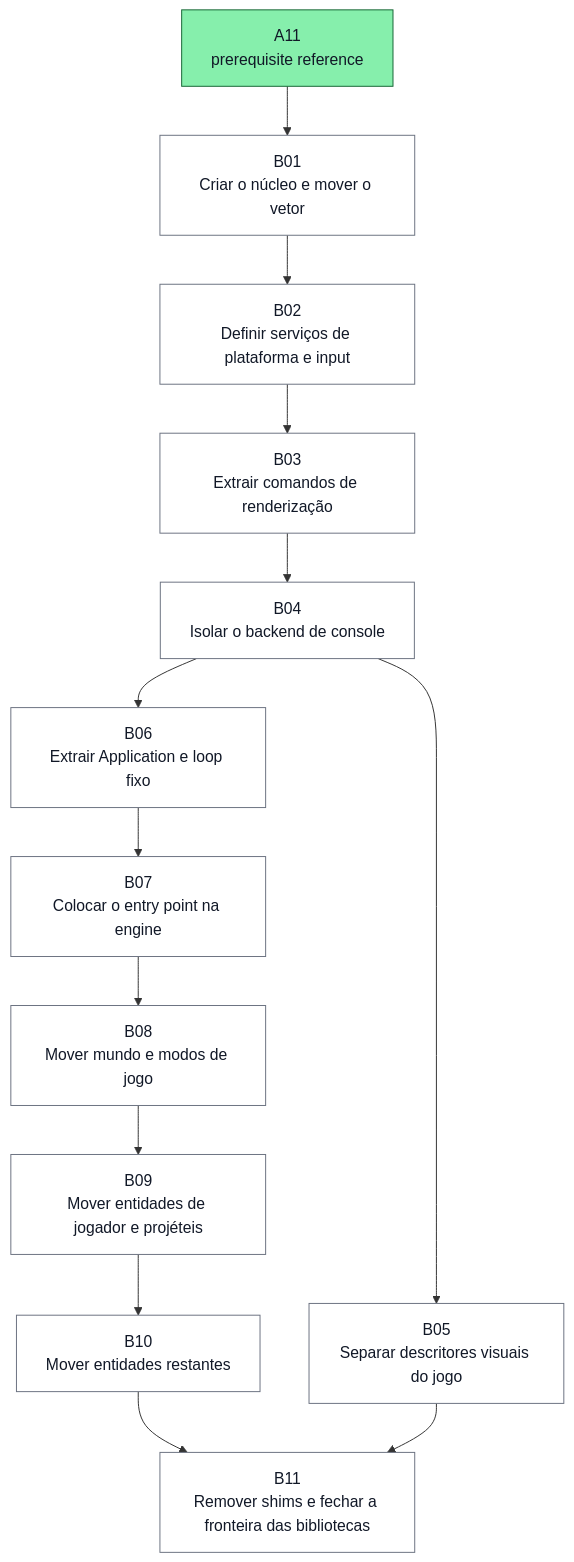
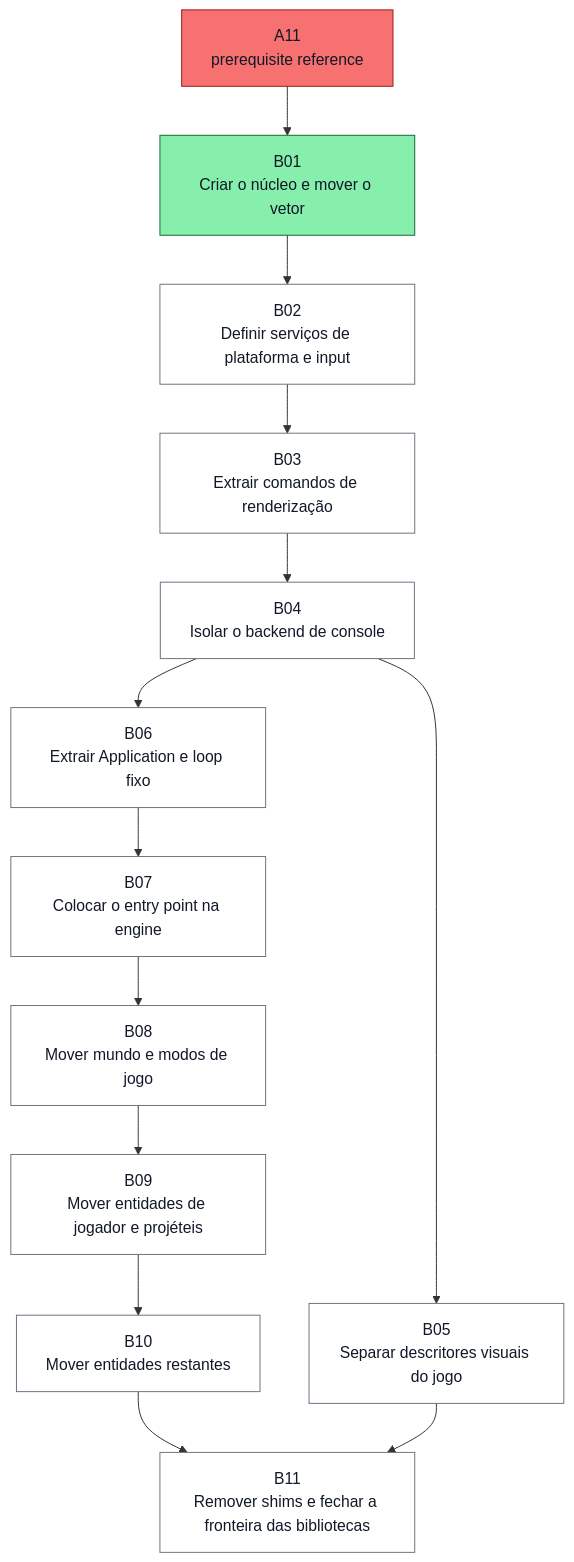
Before and after one commit to ocarizr/spaceraiders: the third of 28 diagrams in docs/task-dependencies.md, drawn with Mermaid. The commit also changed other lines of this file and 8 other files, not shown here.

````diff
--- a/docs/task-dependencies.md
+++ b/docs/task-dependencies.md
@@ -154,30 +157,30 @@
 ```mermaid
 flowchart TD
-    ref_B_A11["A11<br/>prerequisite reference"]:::ready
-    B01["B01<br/>Criar o núcleo e mover o vetor"]:::pending
+    ref_B_A11["A11<br/>prerequisite reference"]:::done
+    B01["B01<br/>Criar o núcleo e mover o vetor"]:::ready
     B02["B02<br/>Definir serviços de plataforma e input"]:::pending
     B03["B03<br/>Extrair comandos de renderização"]:::pending
     B04["B04<br/>Isolar o backend de console"]:::pending
     B05["B05<br/>Separar descritores visuais do jogo"]:::pending
     B06["B06<br/>Extrair Application e loop fixo"]:::pending
     B07["B07<br/>Colocar o entry point na engine"]:::pending
     B08["B08<br/>Mover mundo e modos de jogo"]:::pending
     B09["B09<br/>Mover entidades de jogador e projéteis"]:::pending
     B10["B10<br/>Mover entidades restantes"]:::pending
     B11["B11<br/>Remover shims e fechar a fronteira das bibliotecas"]:::pending
     ref_B_A11 --> B01
     B01 --> B02
     B02 --> B03
     B03 --> B04
     B04 --> B05
     B04 --> B06
     B06 --> B07
     B07 --> B08
     B08 --> B09
     B09 --> B10
     B10 --> B11
     B05 --> B11
     classDef pending fill:#ffffff,stroke:#6b7280,color:#111827
     classDef ready fill:#86efac,stroke:#166534,color:#111827
     classDef done fill:#f87171,stroke:#991b1b,color:#111827
 ```
````
